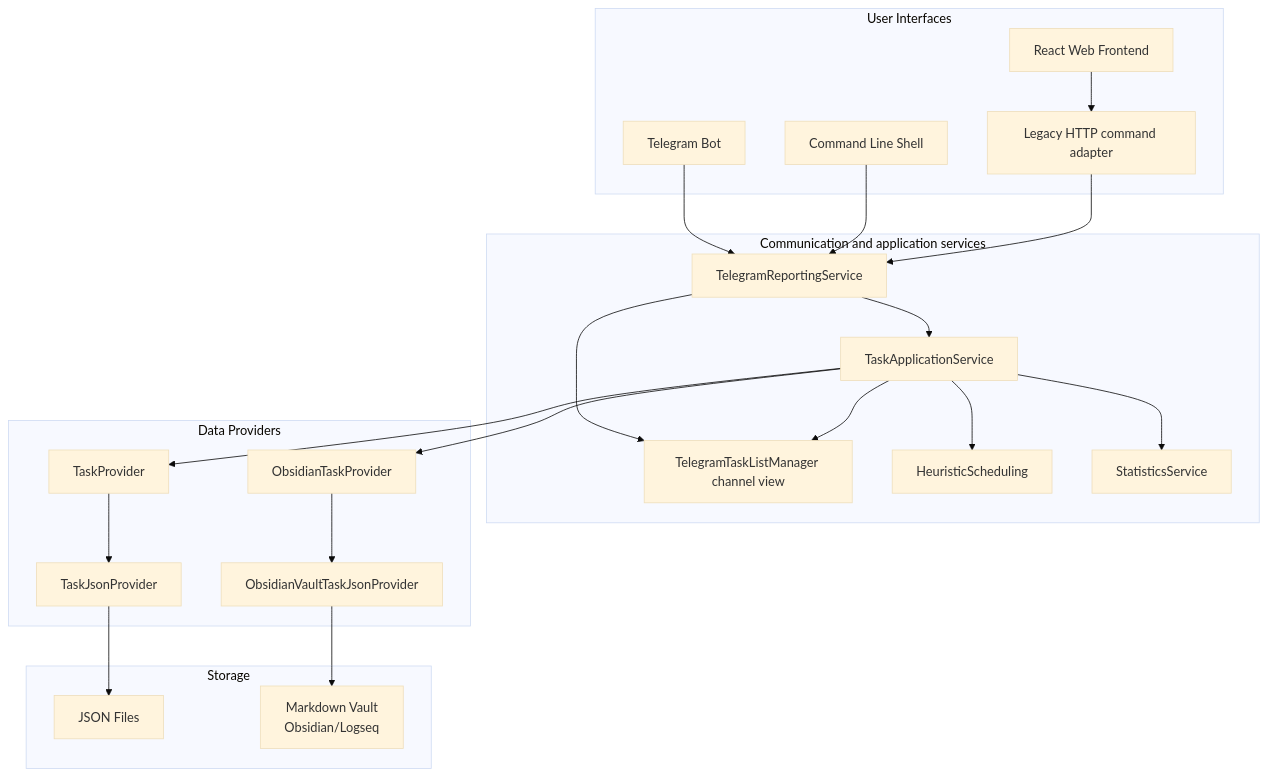
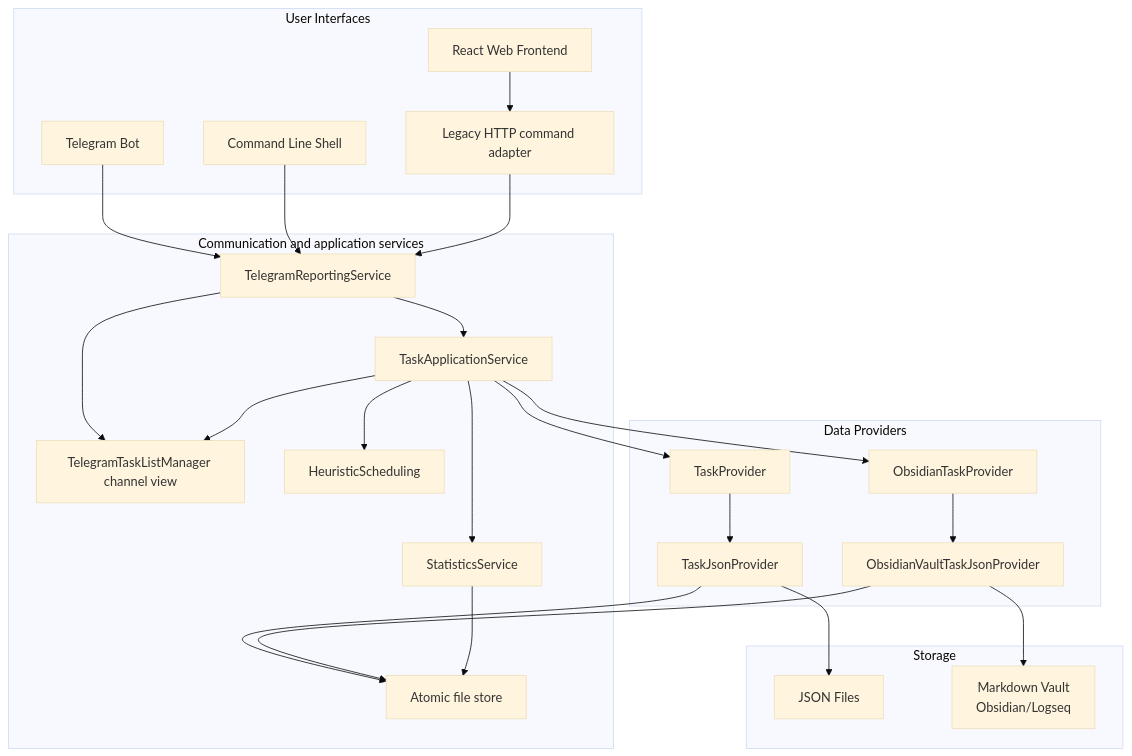
The diagram in ARCHITECTURE.md (ElrikPiro/advanced-task-manager), drawn with Mermaid (base theme) before and after one commit. The commit also changed other lines of this file and 26 other files, not shown here.

````diff
--- a/ARCHITECTURE.md
+++ b/ARCHITECTURE.md
@@ -9,45 +9,49 @@
 ```mermaid
 graph TB
     subgraph "User Interfaces"
         A[Telegram Bot]
         B[Command Line Shell]
         C[Legacy HTTP command adapter]
         M[React Web Frontend]
     end
 
     subgraph "Communication and application services"
         D[TelegramReportingService]
         E[TaskApplicationService]
         F[TelegramTaskListManager channel view]
         G[HeuristicScheduling]
         H[StatisticsService]
+        P[Atomic file store]
     end
 
     subgraph "Data Providers"
         I[TaskProvider]
         J[TaskJsonProvider]
         K[ObsidianTaskProvider]
         L[ObsidianVaultTaskJsonProvider]
     end
 
     subgraph "Storage"
         N[JSON Files]
         O[Markdown Vault<br/>Obsidian/Logseq]
     end
 
     A --> D
     B --> D
     C --> D
     M --> C
     D --> E
     D --> F
     E --> F
     E --> G
     E --> H
     E --> I
     E --> K
     I --> J
     J --> N
     K --> L
     L --> O
+    J --> P
+    L --> P
+    H --> P
 ```
````
